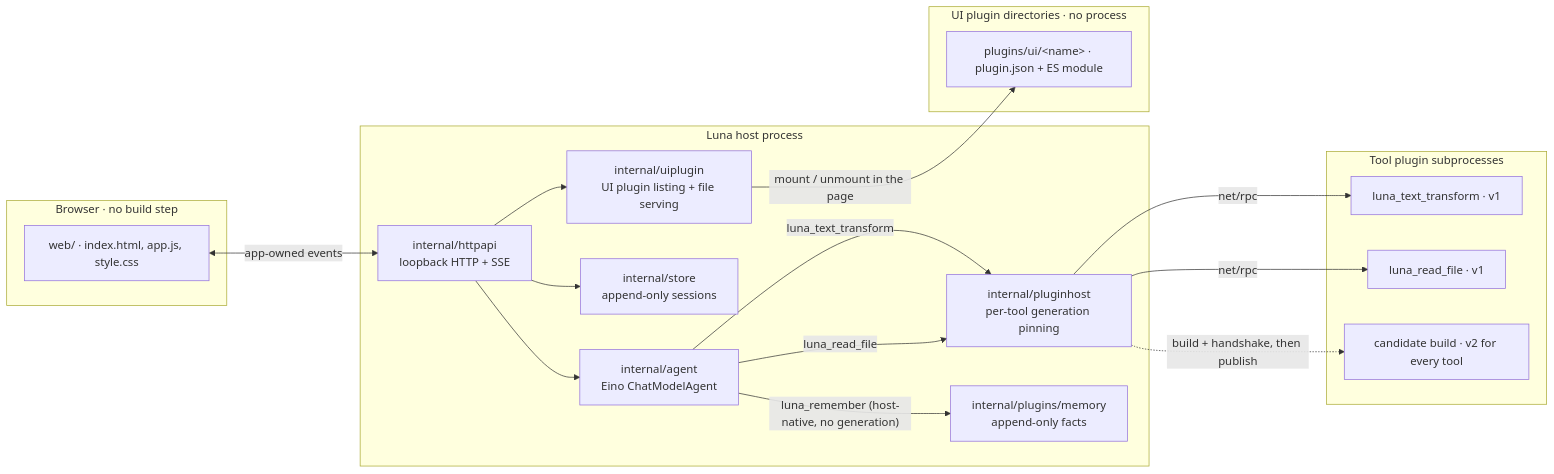
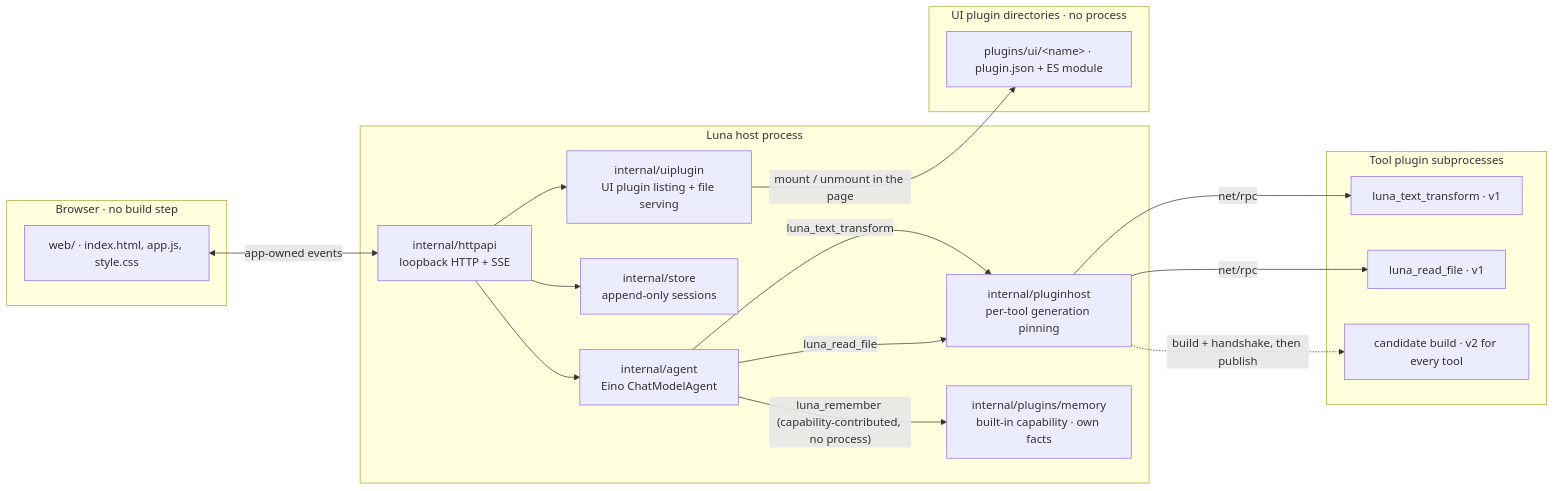
One commit to Qaraku/luna-agent changed the diagram in README.md. Above: the diagram before and after it, drawn with Mermaid. The commit also changed other lines of this file, not shown here.

First line of the commit message:
docs: readme, in the language of the capability model

````diff
--- a/README.md
+++ b/README.md
@@ -13,37 +13,37 @@
 ```mermaid
 flowchart LR
     subgraph Browser["Browser · no build step"]
         UI["web/ · index.html, app.js, style.css"]
     end
 
     subgraph Host["Luna host process"]
         API["internal/httpapi<br/>loopback HTTP + SSE"]
         Agent["internal/agent<br/>Eino ChatModelAgent"]
         PH["internal/pluginhost<br/>per-tool generation pinning"]
-        Mem["internal/plugins/memory<br/>append-only facts"]
+        Mem["internal/plugins/memory<br/>built-in capability · own facts"]
         Store["internal/store<br/>append-only sessions"]
         UIP["internal/uiplugin<br/>UI plugin listing + file serving"]
     end
 
     subgraph Plugins["Tool plugin subprocesses"]
         T1["luna_text_transform · v1"]
         R1["luna_read_file · v1"]
         C["candidate build · v2 for every tool"]
     end
 
     subgraph UIPlugins["UI plugin directories · no process"]
         UIPlug["plugins/ui/&lt;name&gt; · plugin.json + ES module"]
     end
 
     UI <-->|"app-owned events"| API
     API --> Agent
     API --> Store
     API --> UIP
-    Agent -->|"luna_remember (host-native, no generation)"| Mem
+    Agent -->|"luna_remember (capability-contributed, no process)"| Mem
     Agent -->|"luna_text_transform"| PH
     Agent -->|"luna_read_file"| PH
     PH -->|"net/rpc"| T1
     PH -->|"net/rpc"| R1
     PH -.->|"build + handshake, then publish"| C
     UIP -->|"mount / unmount in the page"| UIPlug
 ```
````
